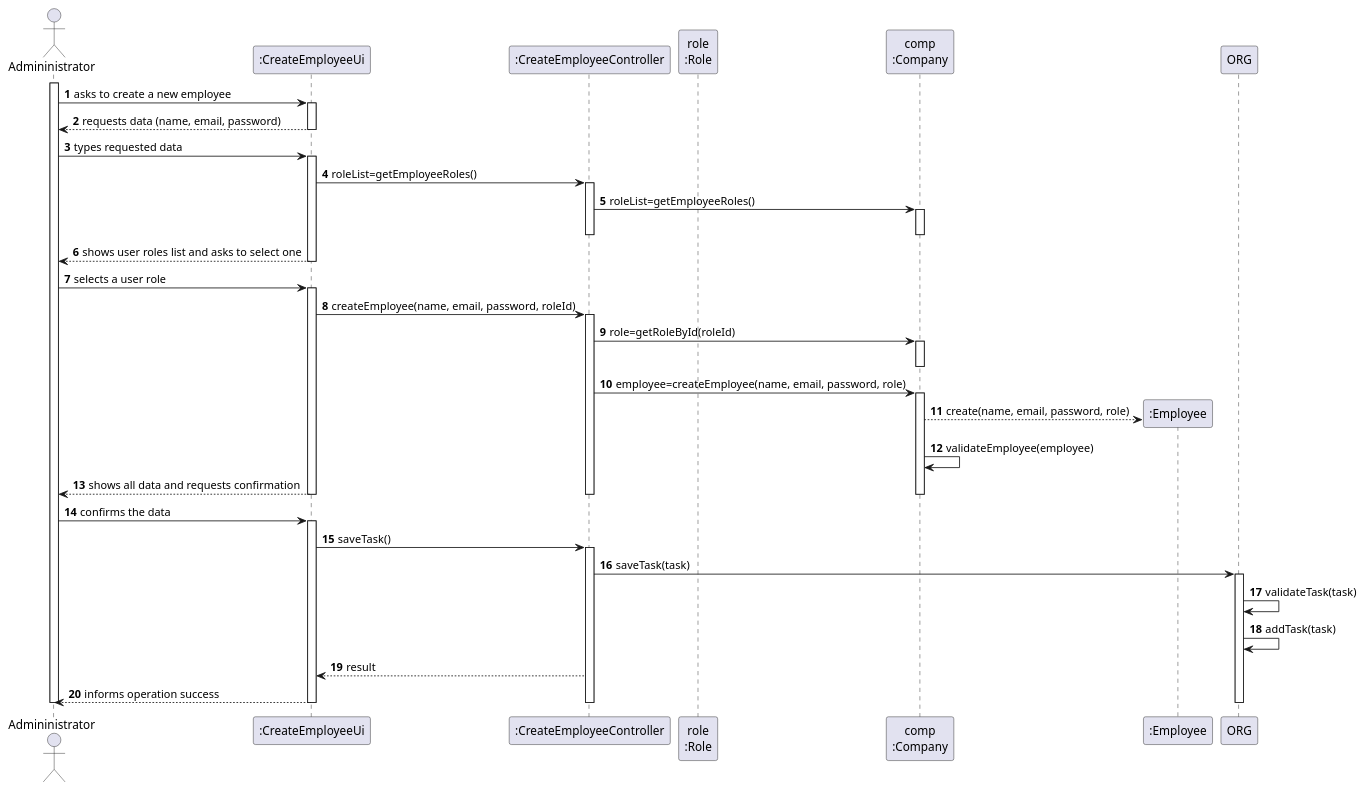
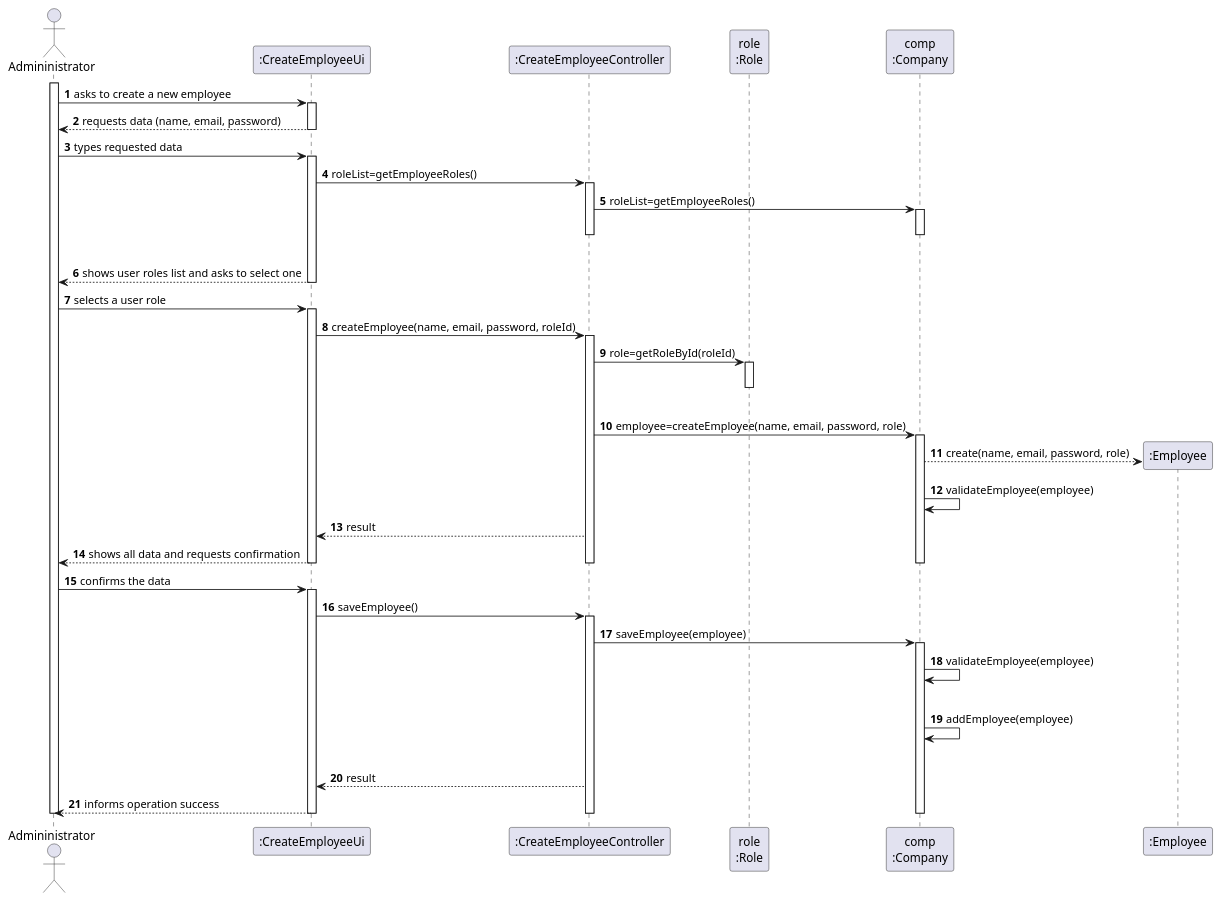
The diagram in docs/SprintB/US10/SD/US10_SD.puml (miseEnPlace-i/lapr2), drawn with PlantUML before and after one commit.

Commit message:
docs(us-10): updated sd

```diff
--- a/docs/SprintB/US10/SD/US10_SD.puml
+++ b/docs/SprintB/US10/SD/US10_SD.puml
@@ -1,74 +1,77 @@
 @startuml US10_SD
 autonumber
 'hide footbox
 actor "Admininistrator" as admin
 
 participant ":CreateEmployeeUi" as empUi
 participant ":CreateEmployeeController" as empController
 participant "role\n:Role" as role
 participant "comp\n:Company" as comp
 participant ":Employee" as emp
 
 activate admin
 admin -> empUi : asks to create a new employee
 activate empUi
 empUi --> admin : requests data (name, email, password)
 deactivate empUi
 
 admin -> empUi : types requested data
 activate empUi
 
 empUi -> empController : roleList=getEmployeeRoles()
 activate empController
 
 empController -> comp : roleList=getEmployeeRoles()
 activate comp
-' |||
+|||
 deactivate comp
 deactivate empController
 
 empUi --> admin : shows user roles list and asks to select one
 deactivate empUi
 
 admin -> empUi : selects a user role
 activate empUi
 
 empUi -> empController : createEmployee(name, email, password, roleId)
 activate empController
 
-empController -> comp : role=getRoleById(roleId)
-activate comp
-' |||
-deactivate comp
+empController -> role : role=getRoleById(roleId)
+activate role
+|||
+deactivate role
 
 empController -> comp: employee=createEmployee(name, email, password, role)
 activate comp
 
 comp --> emp**: create(name, email, password, role)
 comp -> comp: validateEmployee(employee)
+empController --> empUi: result
 empUi --> admin: shows all data and requests confirmation
 deactivate comp
 deactivate empController
 deactivate empUi
 
 admin -> empUi : confirms the data
 activate empUi
-empUi -> empController : saveTask()
+empUi -> empController : saveEmployee()
 activate empController
 
-empController -> ORG : saveTask(task)
-activate ORG
+empController -> comp : saveEmployee(employee)
+activate comp
 
-ORG -> ORG: validateTask(task)
-ORG -> ORG: addTask(task)
+comp -> comp: validateEmployee(employee)
+|||
+comp -> comp: addEmployee(employee)
+|||
 
 empController --> empUi: result
 
 empUi --> admin : informs operation success
-deactivate ORG
+deactivate comp
 deactivate empController
 deactivate empUi
 
 deactivate admin
 
 @enduml
```
